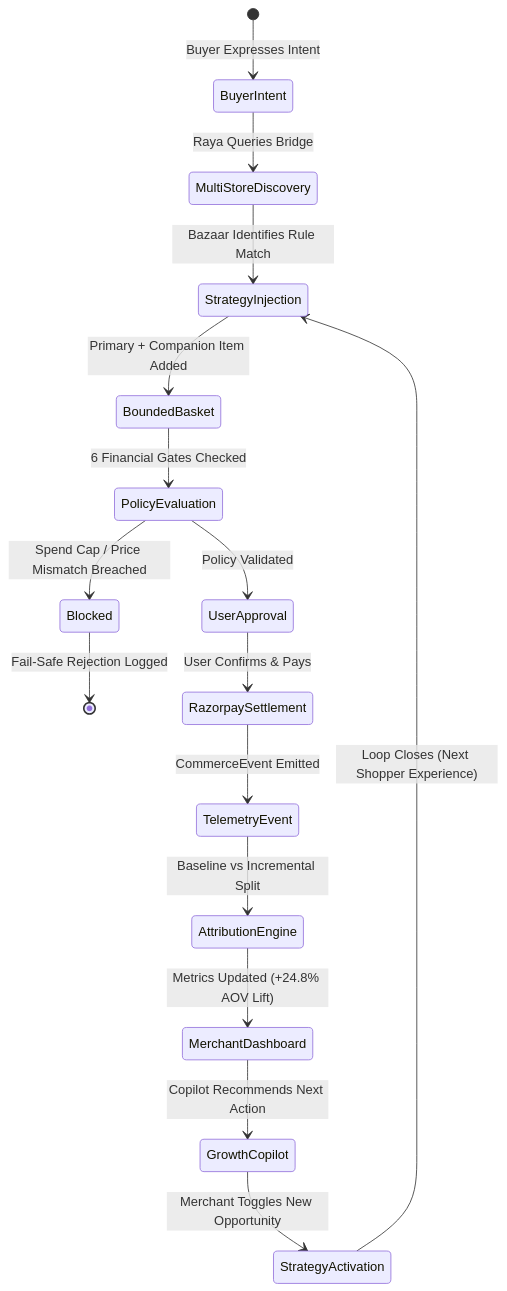
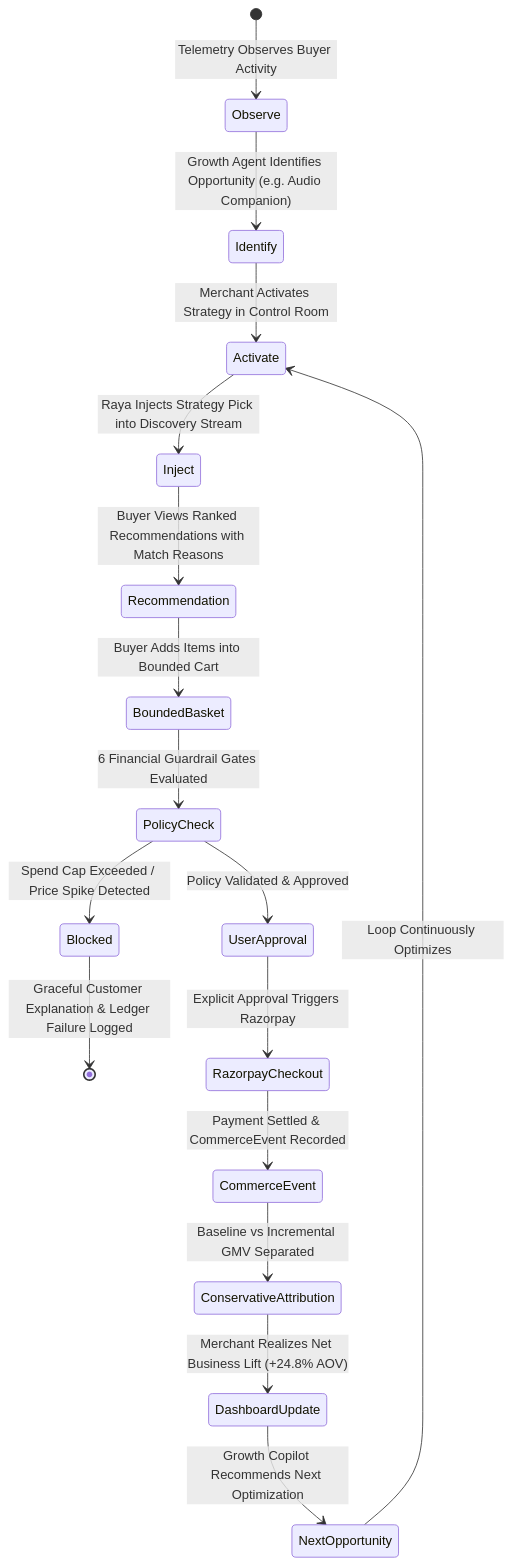
The fourth of 5 diagrams in README.md (Labdhimandovara/Raya-by-Razorpay), drawn with Mermaid before and after one commit. The commit also changed other lines of this file and 2 other files, not shown here.

````diff
--- a/README.md
+++ b/README.md
@@ -283,18 +276,19 @@
 ```mermaid
 stateDiagram-v2
-    [*] --> BuyerIntent: Buyer Expresses Intent
-    BuyerIntent --> MultiStoreDiscovery: Raya Queries Bridge
-    MultiStoreDiscovery --> StrategyInjection: Bazaar Identifies Rule Match
-    StrategyInjection --> BoundedBasket: Primary + Companion Item Added
-    BoundedBasket --> PolicyEvaluation: 6 Financial Gates Checked
-    PolicyEvaluation --> Blocked: Spend Cap / Price Mismatch Breached
-    PolicyEvaluation --> UserApproval: Policy Validated
-    Blocked --> [*]: Fail-Safe Rejection Logged
-    UserApproval --> RazorpaySettlement: User Confirms & Pays
-    RazorpaySettlement --> TelemetryEvent: CommerceEvent Emitted
-    TelemetryEvent --> AttributionEngine: Baseline vs Incremental Split
-    AttributionEngine --> MerchantDashboard: Metrics Updated (+24.8% AOV Lift)
-    MerchantDashboard --> GrowthCopilot: Copilot Recommends Next Action
-    GrowthCopilot --> StrategyActivation: Merchant Toggles New Opportunity
-    StrategyActivation --> StrategyInjection: Loop Closes (Next Shopper Experience)
+    [*] --> Observe: Telemetry Observes Buyer Activity
+    Observe --> Identify: Growth Agent Identifies Opportunity (e.g. Audio Companion)
+    Identify --> Activate: Merchant Activates Strategy in Control Room
+    Activate --> Inject: Raya Injects Strategy Pick into Discovery Stream
+    Inject --> Recommendation: Buyer Views Ranked Recommendations with Match Reasons
+    Recommendation --> BoundedBasket: Buyer Adds Items into Bounded Cart
+    BoundedBasket --> PolicyCheck: 6 Financial Guardrail Gates Evaluated
+    PolicyCheck --> Blocked: Spend Cap Exceeded / Price Spike Detected
+    Blocked --> [*]: Graceful Customer Explanation & Ledger Failure Logged
+    PolicyCheck --> UserApproval: Policy Validated & Approved
+    UserApproval --> RazorpayCheckout: Explicit Approval Triggers Razorpay
+    RazorpayCheckout --> CommerceEvent: Payment Settled & CommerceEvent Recorded
+    CommerceEvent --> ConservativeAttribution: Baseline vs Incremental GMV Separated
+    ConservativeAttribution --> DashboardUpdate: Merchant Realizes Net Business Lift (+24.8% AOV)
+    DashboardUpdate --> NextOpportunity: Growth Copilot Recommends Next Optimization
+    NextOpportunity --> Activate: Loop Continuously Optimizes
 ```
````
